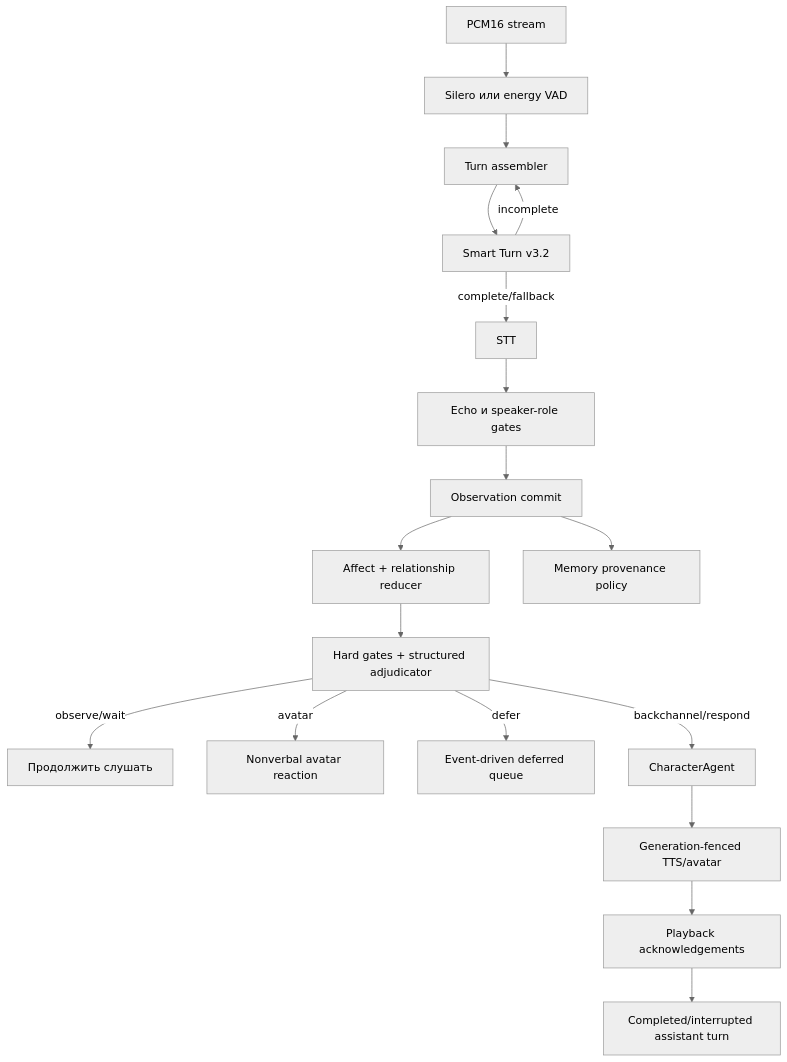
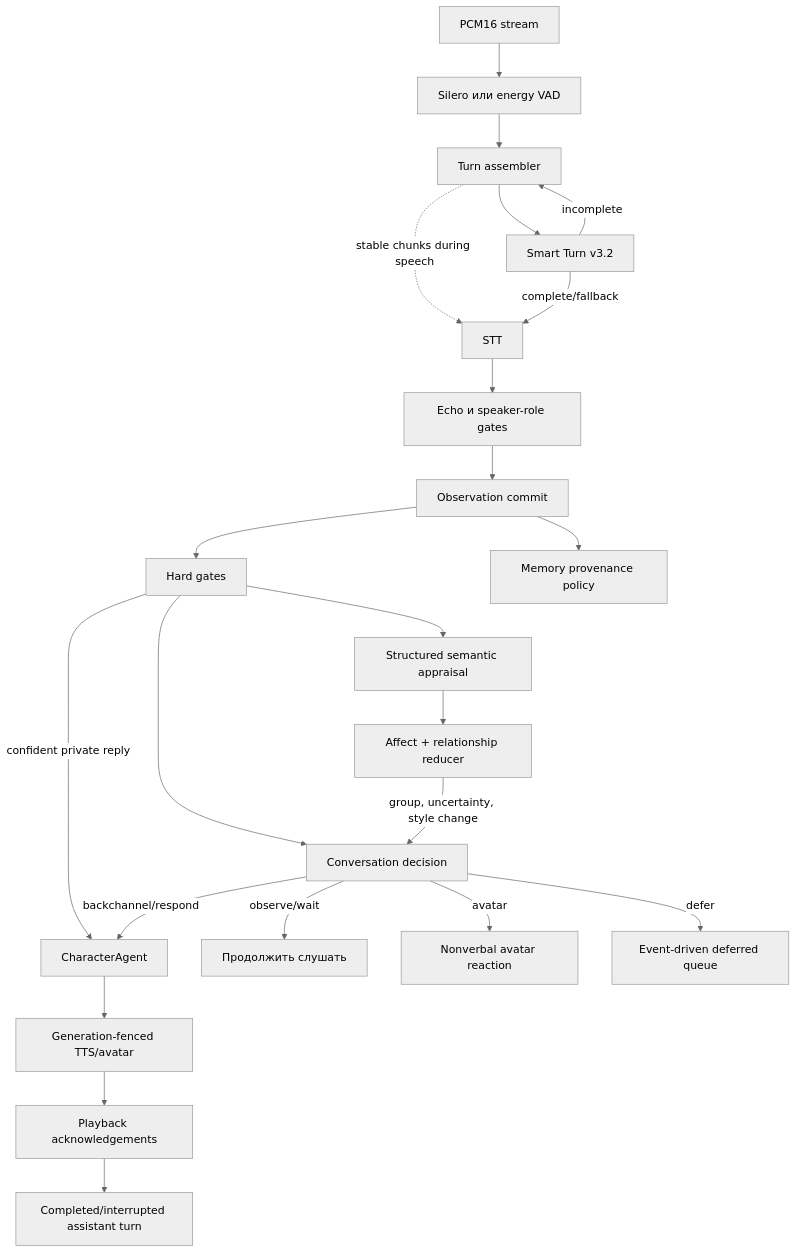
The diagram in Docs/live-conversation.md (bad1and/NeuroAsist), drawn with Mermaid (neutral theme) before and after one commit. The commit also changed other lines of this file and 26 other files, not shown here.

````diff
--- a/Docs/live-conversation.md
+++ b/Docs/live-conversation.md
@@ -16,20 +16,25 @@
 ```mermaid
 flowchart TD
     PCM["PCM16 stream"] --> VAD["Silero или energy VAD"]
     VAD --> TURN["Turn assembler"]
+    TURN -. "stable chunks during speech" .-> STT
     TURN --> SMART["Smart Turn v3.2"]
     SMART -->|"incomplete"| TURN
     SMART -->|"complete/fallback"| STT["STT"]
     STT --> ECHO["Echo и speaker-role gates"]
     ECHO --> OBS["Observation commit"]
-    OBS --> STATE["Affect + relationship reducer"]
+    OBS --> GATE["Hard gates"]
+    GATE -->|"confident private reply"| AGENT
+    GATE --> APPRAISAL["Structured semantic appraisal"]
+    APPRAISAL --> STATE["Affect + relationship reducer"]
     OBS --> MEMORY["Memory provenance policy"]
-    STATE --> DECISION["Hard gates + structured adjudicator"]
+    GATE --> DECISION["Conversation decision"]
+    STATE -->|"group, uncertainty, style change"| DECISION
     DECISION -->|"observe/wait"| LISTEN["Продолжить слушать"]
     DECISION -->|"avatar"| AVATAR["Nonverbal avatar reaction"]
     DECISION -->|"defer"| DEFER["Event-driven deferred queue"]
     DECISION -->|"backchannel/respond"| AGENT["CharacterAgent"]
     AGENT --> FENCE["Generation-fenced TTS/avatar"]
     FENCE --> ACK["Playback acknowledgements"]
     ACK --> TIMELINE["Completed/interrupted assistant turn"]
 ```
````
